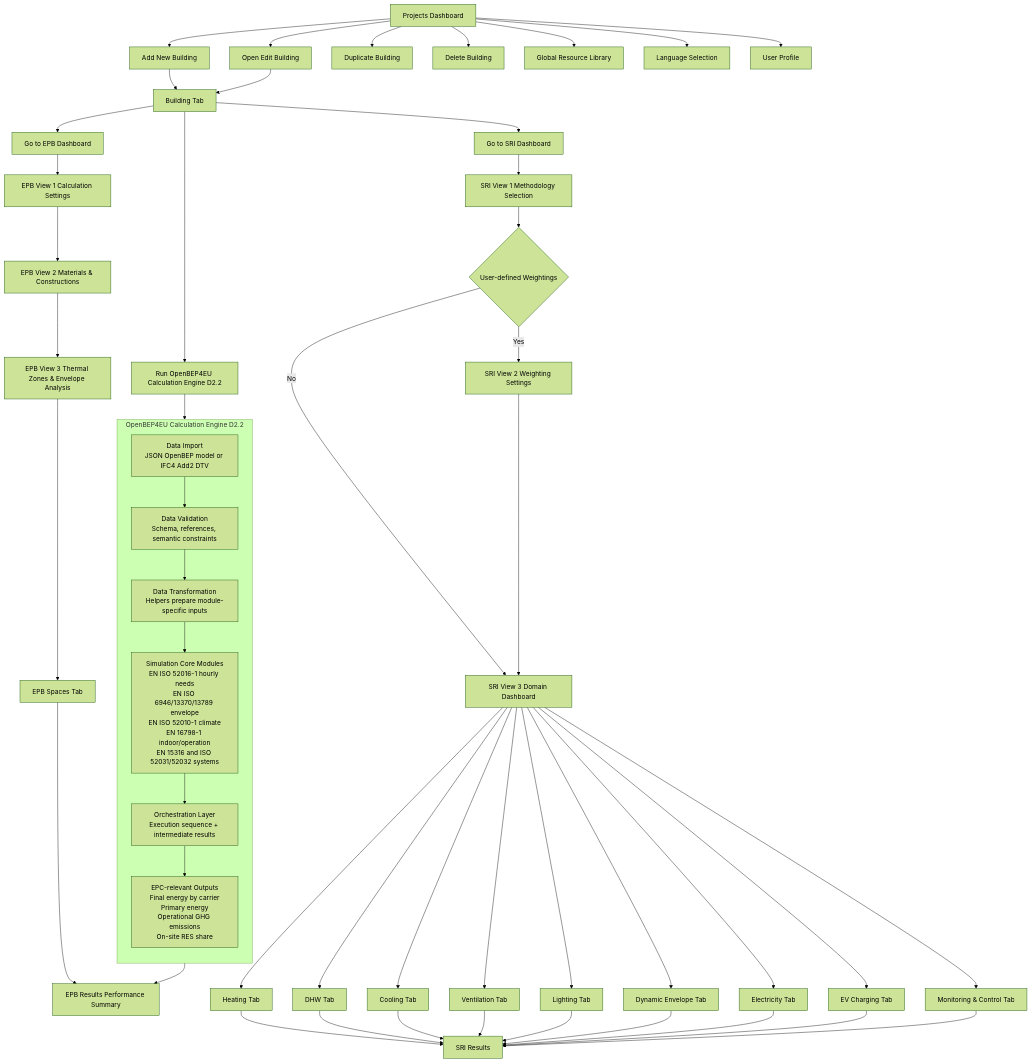
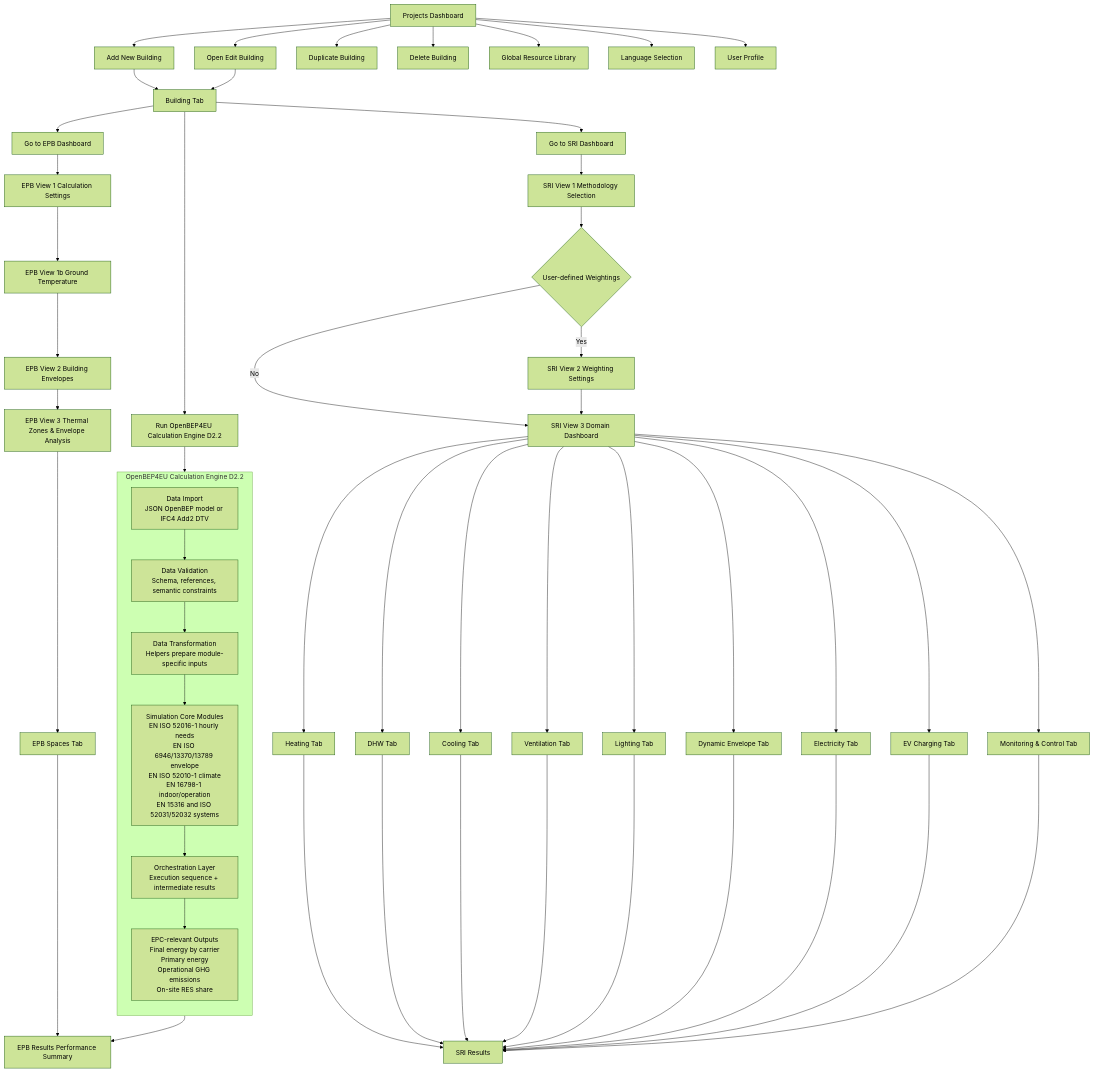
One commit to pantazis/-building-performance-app changed the diagram in input.mmd. Above: the diagram before and after it, drawn with Mermaid (forest theme). The commit also changed 15 other files, not shown here.

First line of the commit message:
Refactor EPB flow: Update step titles, links, and add Ground Temperature step

```diff
--- a/input.mmd
+++ b/input.mmd
@@ -1,63 +1,64 @@
 flowchart TD
 
 A[Projects Dashboard] --> B[Add New Building]
 A --> C[Open Edit Building]
 A --> D[Duplicate Building]
 A --> E[Delete Building]
 A --> F[Global Resource Library]
 A --> G[Language Selection]
 A --> H[User Profile]
 
 B --> I[Building Tab]
 C --> I
 
 I --> J[Go to EPB Dashboard]
 I --> K[Go to SRI Dashboard]
 
 J --> EPB1[EPB View 1 Calculation Settings]
-EPB1 --> EPB2[EPB View 2 Materials & Constructions]
+EPB1 --> EPB1B[EPB View 1b Ground Temperature]
+EPB1B --> EPB2[EPB View 2 Building Envelopes]
 EPB2 --> EPB3[EPB View 3 Thermal Zones & Envelope Analysis]
 EPB3 --> EPBSPACES[EPB Spaces Tab]
 EPBSPACES --> EPB4[EPB Results Performance Summary]
 
 K --> SRI1[SRI View 1 Methodology Selection]
 SRI1 --> SRI2{User-defined Weightings}
 SRI2 -->|Yes| SRI3[SRI View 2 Weighting Settings]
 SRI2 -->|No| SRI4[SRI View 3 Domain Dashboard]
 SRI3 --> SRI4
 
 SRI4 --> SRI5[Heating Tab]
 SRI4 --> SRI6[DHW Tab]
 SRI4 --> SRI7[Cooling Tab]
 SRI4 --> SRI8[Ventilation Tab]
 SRI4 --> SRI9[Lighting Tab]
 SRI4 --> SRI10[Dynamic Envelope Tab]
 SRI4 --> SRI11[Electricity Tab]
 SRI4 --> SRI12[EV Charging Tab]
 SRI4 --> SRI13[Monitoring & Control Tab]
 
 SRI5 --> SRI14[SRI Results]
 SRI6 --> SRI14[SRI Results]
 SRI7 --> SRI14[SRI Results]
 SRI8 --> SRI14[SRI Results]
 SRI9 --> SRI14[SRI Results]
 SRI10 --> SRI14[SRI Results]
 SRI11 --> SRI14[SRI Results]
 SRI12 --> SRI14[SRI Results]
 SRI13 --> SRI14[SRI Results]
 
 %% D2.2 Advanced EU Kernel EPC Engine integration
 I --> CE0[Run OpenBEP4EU Calculation Engine D2.2]
 
 subgraph CE[OpenBEP4EU Calculation Engine D2.2]
 direction TB
 CE1[Data Import\nJSON OpenBEP model or IFC4 Add2 DTV]
 CE2[Data Validation\nSchema, references, semantic constraints]
 CE3[Data Transformation\nHelpers prepare module-specific inputs]
 CE4[Simulation Core Modules\nEN ISO 52016-1 hourly needs\nEN ISO 6946/13370/13789 envelope\nEN ISO 52010-1 climate\nEN 16798-1 indoor/operation\nEN 15316 and ISO 52031/52032 systems]
 CE5[Orchestration Layer\nExecution sequence + intermediate results]
 CE6[EPC-relevant Outputs\nFinal energy by carrier\nPrimary energy\nOperational GHG emissions\nOn-site RES share]
 end
 
 CE0 --> CE1 --> CE2 --> CE3 --> CE4 --> CE5 --> CE6
 CE6 --> EPB4
```
